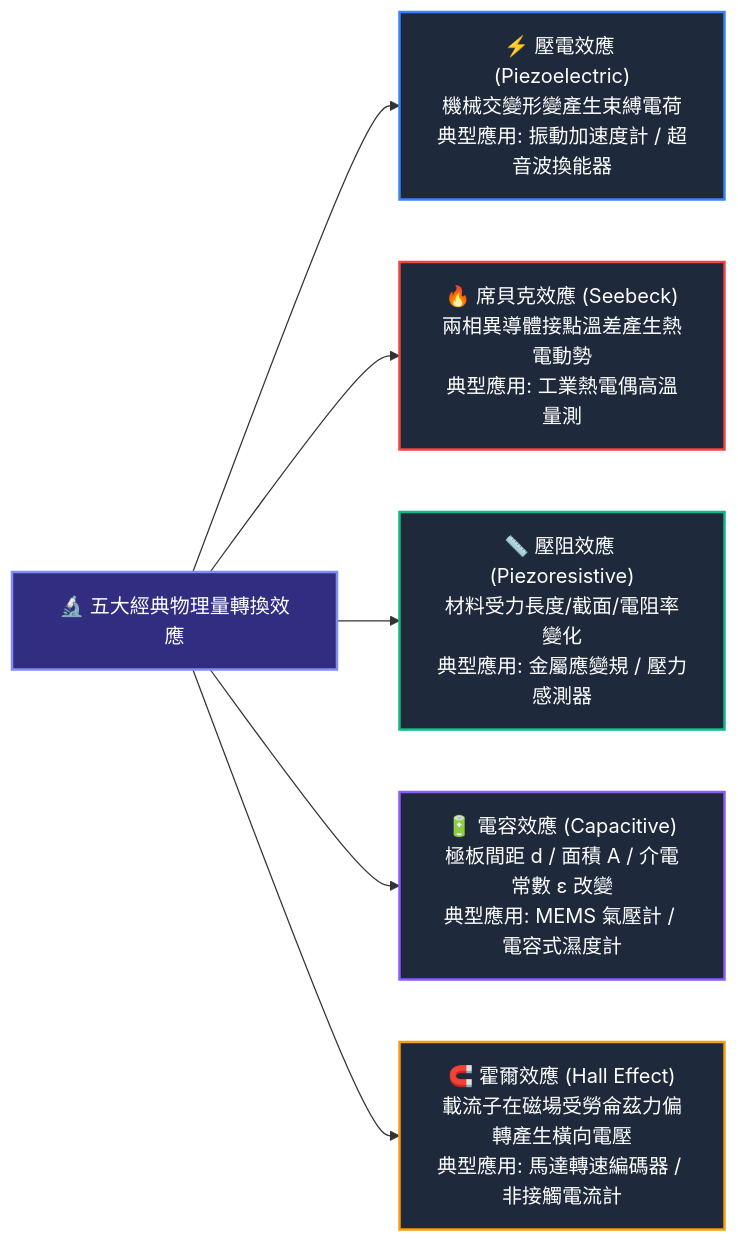
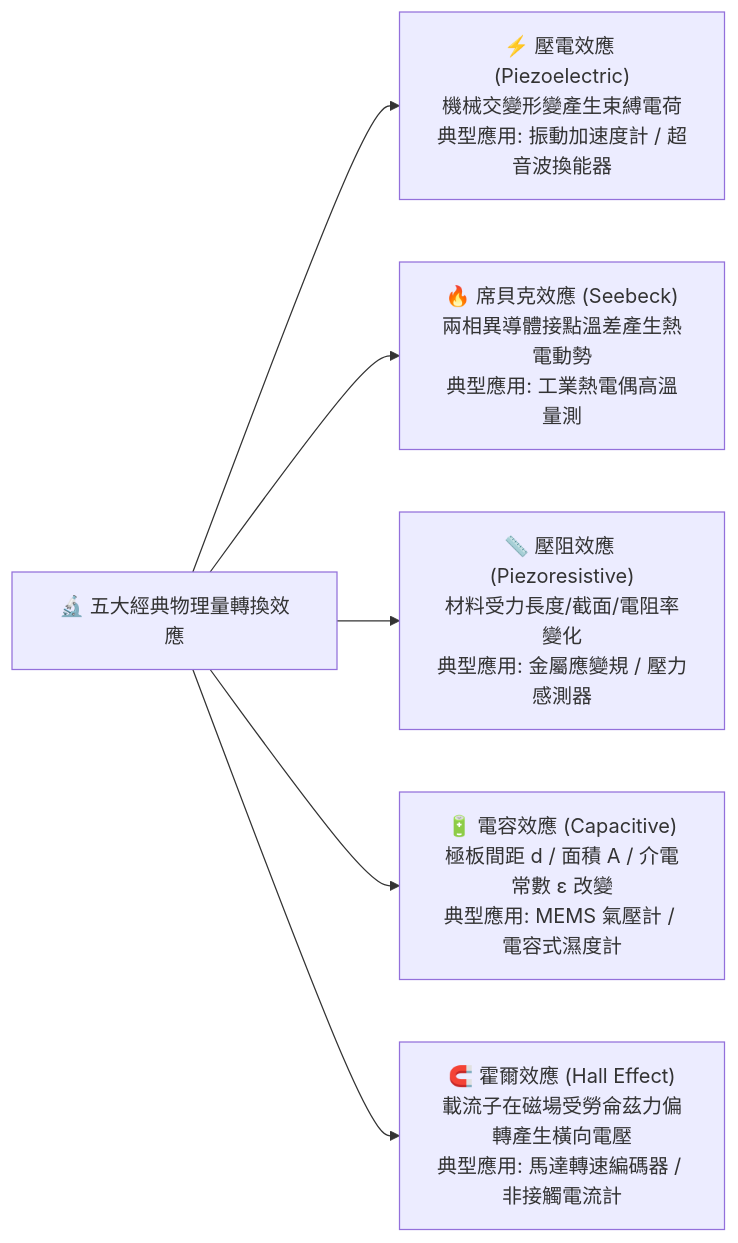
The first of 3 diagrams in notes/aiot/s1_AIoT基礎概論/L113_感測器原理與應用.md (ta-lang/iPAS_Test), drawn with Mermaid before and after one commit. The commit also changed other lines of this file and 16 other files, not shown here.

Commit message:
fix(mermaid): remove hardcoded styles, add high-contrast theme CSS, and forbid color styling in SOP

````diff
--- a/notes/aiot/s1_AIoT基礎概論/L113_感測器原理與應用.md
+++ b/notes/aiot/s1_AIoT基礎概論/L113_感測器原理與應用.md
@@ -24,15 +24,9 @@
 ```mermaid
 flowchart LR
     A["🔬 五大經典物理量轉換效應"] --> B1["⚡ 壓電效應 (Piezoelectric)<br>機械交變形變產生束縛電荷<br>典型應用: 振動加速度計 / 超音波換能器"]
     A --> B2["🔥 席貝克效應 (Seebeck)<br>兩相異導體接點溫差產生熱電動勢<br>典型應用: 工業熱電偶高溫量測"]
     A --> B3["📏 壓阻效應 (Piezoresistive)<br>材料受力長度/截面/電阻率變化<br>典型應用: 金屬應變規 / 壓力感測器"]
     A --> B4["🔋 電容效應 (Capacitive)<br>極板間距 d / 面積 A / 介電常數 ε 改變<br>典型應用: MEMS 氣壓計 / 電容式濕度計"]
     A --> B5["🧲 霍爾效應 (Hall Effect)<br>載流子在磁場受勞侖茲力偏轉產生橫向電壓<br>典型應用: 馬達轉速編碼器 / 非接觸電流計"]
 
-    style A fill:#312e81,stroke:#818cf8,stroke-width:2px,color:#fff
-    style B1 fill:#1e293b,stroke:#3b82f6,stroke-width:2px,color:#fff
-    style B2 fill:#1e293b,stroke:#ef4444,stroke-width:2px,color:#fff
-    style B3 fill:#1e293b,stroke:#10b981,stroke-width:2px,color:#fff
-    style B4 fill:#1e293b,stroke:#8b5cf6,stroke-width:2px,color:#fff
-    style B5 fill:#1e293b,stroke:#f59e0b,stroke-width:2px,color:#fff
 ```
````
